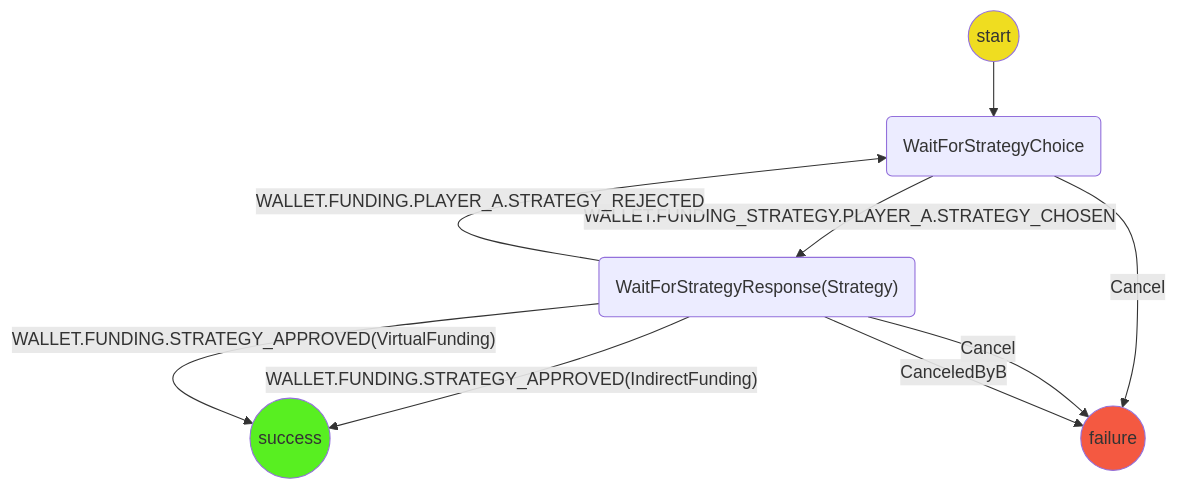
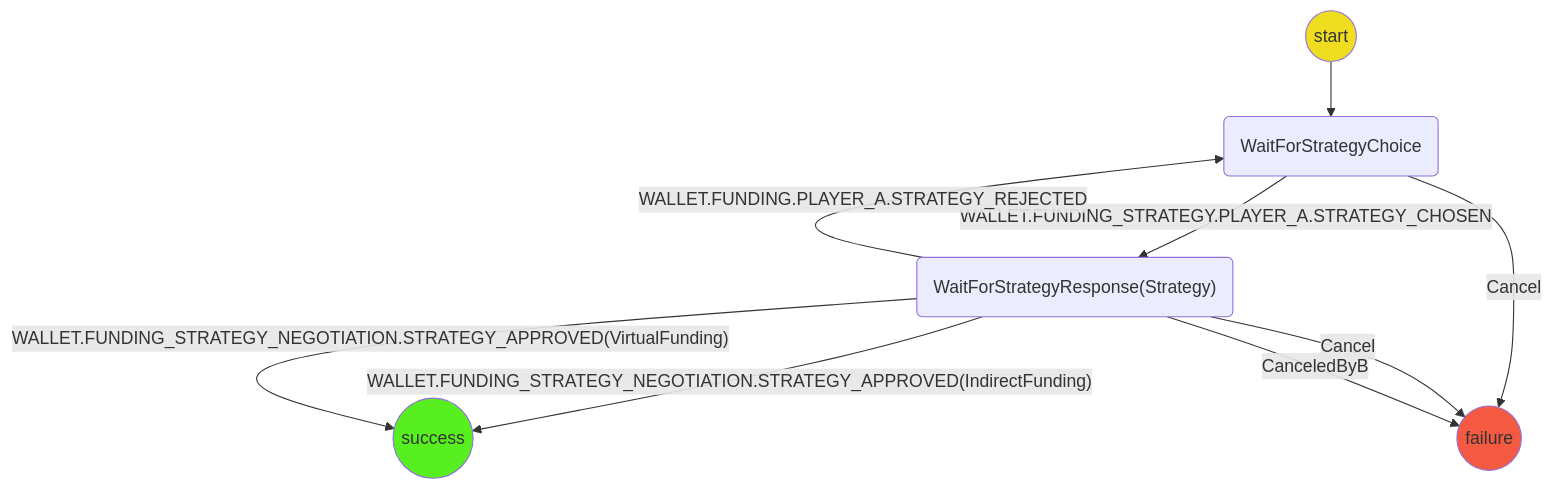
Before and after one commit to magmo/apps: the first of 2 diagrams in packages/wallet/src/redux/protocols/funding-strategy-negotiation/readme.md, drawn with Mermaid. The commit also changed 4 other files, not shown here.

````diff
--- a/packages/wallet/src/redux/protocols/funding-strategy-negotiation/readme.md
+++ b/packages/wallet/src/redux/protocols/funding-strategy-negotiation/readme.md
@@ -11,24 +11,24 @@
 ```mermaid
 graph TD
 linkStyle default interpolate basis
   S((start)) --> WFSC(WaitForStrategyChoice)
 
   WFSC --> |WALLET.FUNDING_STRATEGY.PLAYER_A.STRATEGY_CHOSEN| WFSR("WaitForStrategyResponse(Strategy)")
-  WFSR --> |"WALLET.FUNDING.STRATEGY_APPROVED(IndirectFunding)"|SS((success))
-  WFSR --> |"WALLET.FUNDING.STRATEGY_APPROVED(VirtualFunding)"|SS((success))
+  WFSR --> |"WALLET.FUNDING_STRATEGY_NEGOTIATION.STRATEGY_APPROVED(IndirectFunding)"|SS((success))
+  WFSR --> |"WALLET.FUNDING_STRATEGY_NEGOTIATION.STRATEGY_APPROVED(VirtualFunding)"|SS((success))
 
   WFSR --> |WALLET.FUNDING.PLAYER_A.STRATEGY_REJECTED| WFSC
 
   WFSC --> |Cancel| F((failure))
   WFSR --> |Cancel| F
   WFSR --> |CanceledByB| F
 
   classDef logic fill:#efdd20;
   classDef Success fill:#58ef21;
   classDef Failure fill:#f45941;
   classDef WaitForChildProtocol stroke:#333,stroke-width:4px,color:#ffff,fill:#333;
   class S logic;
   class SS Success;
   class F Failure;
   class WFVF,WFIF,WFAC WaitForChildProtocol;
 ```
````
